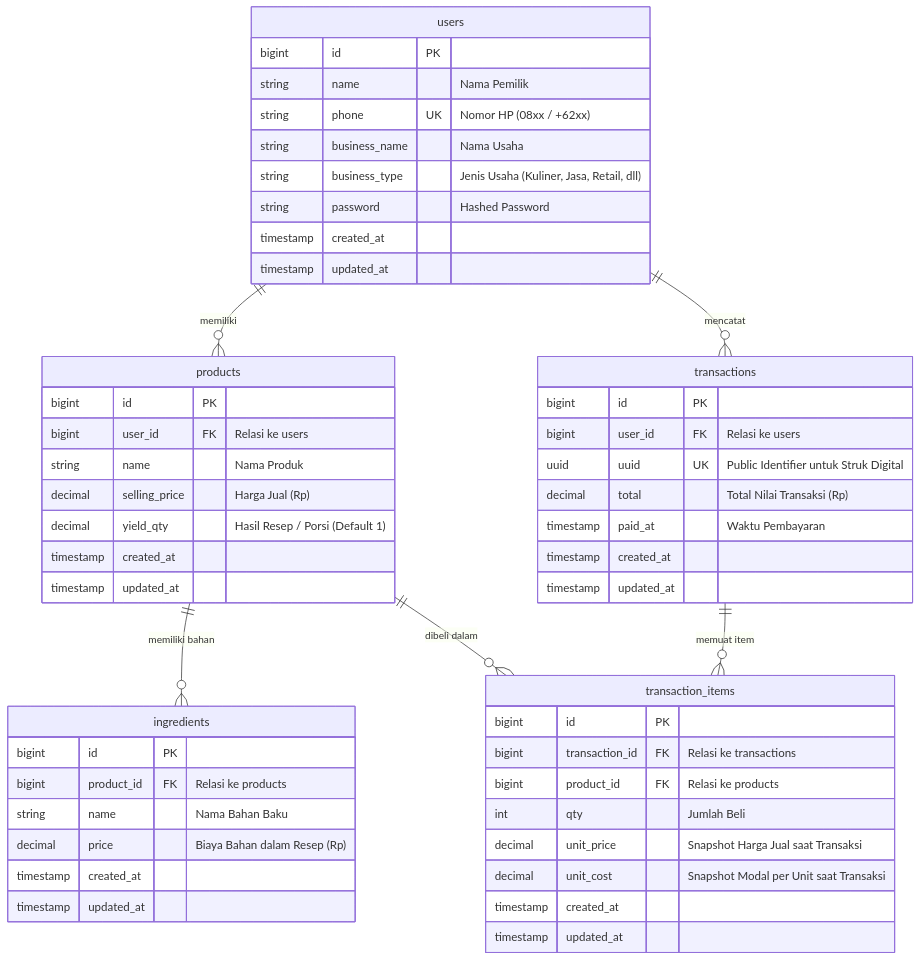
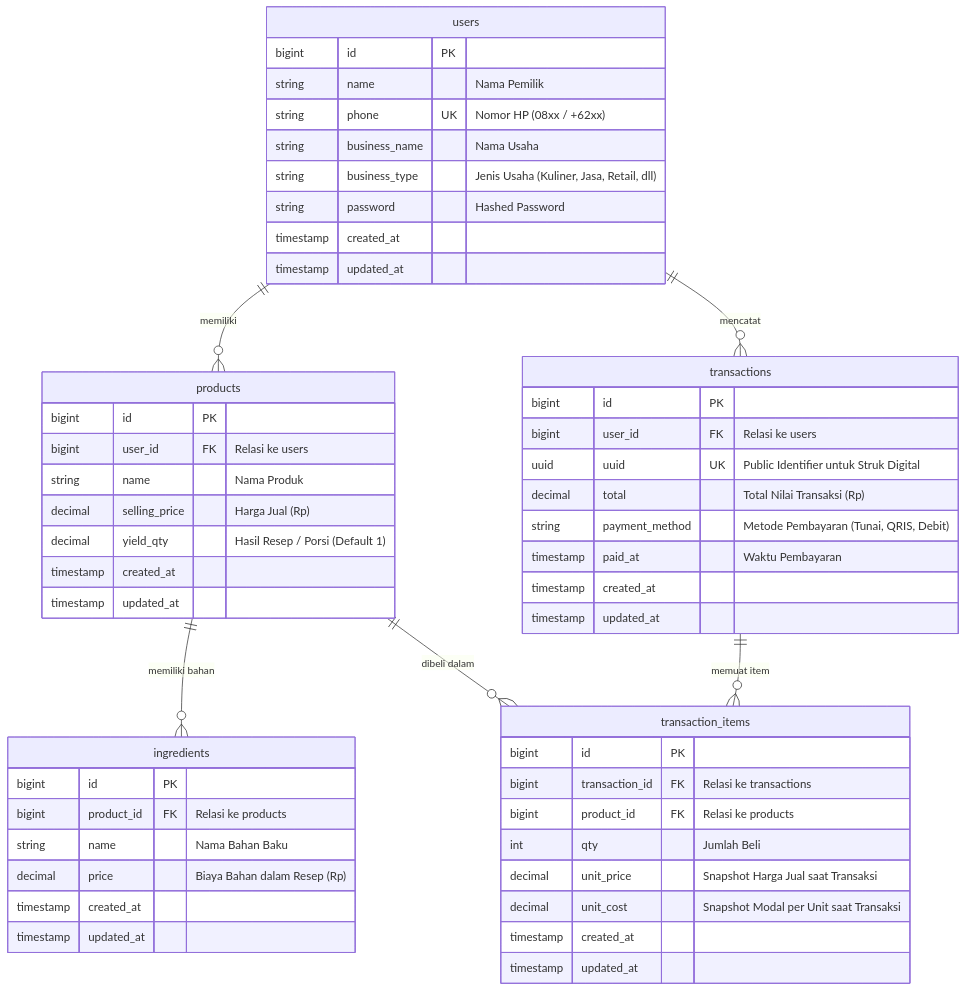
Before and after one commit to syifamwlda/UMKM: the diagram in docs/API.md, drawn with Mermaid. The commit also changed other lines of this file and 14 other files, not shown here.

Commit message:
feat: real-time payment methods, live cashflow charts, and interactive Gemini AI chat

````diff
--- a/docs/API.md
+++ b/docs/API.md
@@ -11,59 +11,60 @@
 ```mermaid
 erDiagram
     users ||--o{ products : "memiliki"
     users ||--o{ transactions : "mencatat"
     products ||--o{ ingredients : "memiliki bahan"
     products ||--o{ transaction_items : "dibeli dalam"
     transactions ||--o{ transaction_items : "memuat item"
 
     users {
         bigint id PK
         string name "Nama Pemilik"
         string phone UK "Nomor HP (08xx / +62xx)"
         string business_name "Nama Usaha"
         string business_type "Jenis Usaha (Kuliner, Jasa, Retail, dll)"
         string password "Hashed Password"
         timestamp created_at
         timestamp updated_at
     }
 
     products {
         bigint id PK
         bigint user_id FK "Relasi ke users"
         string name "Nama Produk"
         decimal selling_price "Harga Jual (Rp)"
         decimal yield_qty "Hasil Resep / Porsi (Default 1)"
         timestamp created_at
         timestamp updated_at
     }
 
     ingredients {
         bigint id PK
         bigint product_id FK "Relasi ke products"
         string name "Nama Bahan Baku"
         decimal price "Biaya Bahan dalam Resep (Rp)"
         timestamp created_at
         timestamp updated_at
     }
 
     transactions {
         bigint id PK
         bigint user_id FK "Relasi ke users"
         uuid uuid UK "Public Identifier untuk Struk Digital"
         decimal total "Total Nilai Transaksi (Rp)"
+        string payment_method "Metode Pembayaran (Tunai, QRIS, Debit)"
         timestamp paid_at "Waktu Pembayaran"
         timestamp created_at
         timestamp updated_at
     }
 
     transaction_items {
         bigint id PK
         bigint transaction_id FK "Relasi ke transactions"
         bigint product_id FK "Relasi ke products"
         int qty "Jumlah Beli"
         decimal unit_price "Snapshot Harga Jual saat Transaksi"
         decimal unit_cost "Snapshot Modal per Unit saat Transaksi"
         timestamp created_at
         timestamp updated_at
     }
 ```
````
